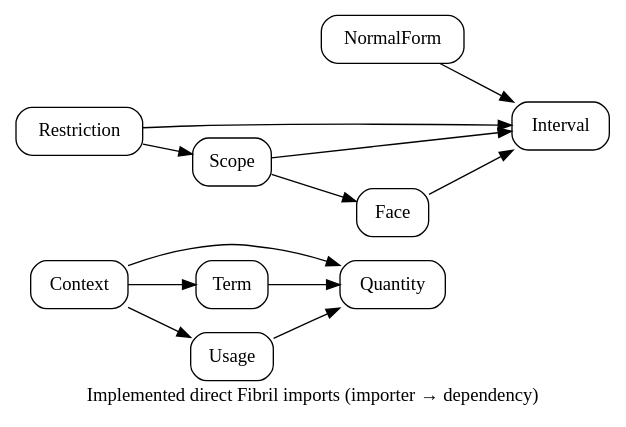
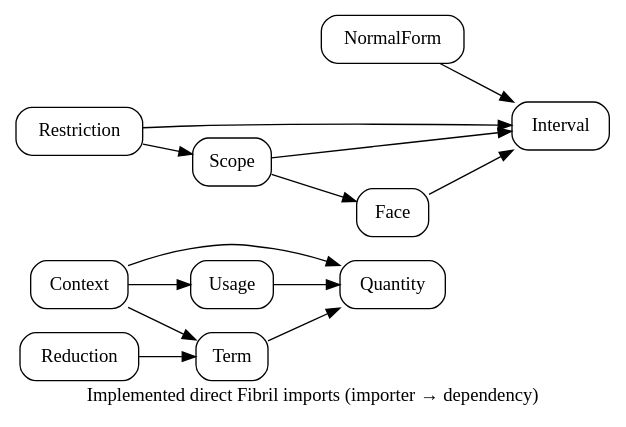
The diagram in docs/diagrams/modules.dot (odunboye/fibril), drawn with Graphviz before and after one commit. The commit also changed 12 other files, not shown here.

```diff
--- a/docs/diagrams/modules.dot
+++ b/docs/diagrams/modules.dot
@@ -1,8 +1,9 @@
 digraph Modules {
 rankdir=LR; node [shape=box,style=rounded];
 Quantity; Interval; NormalForm; Face; Scope; Restriction; Term;
 NormalForm -> Interval; Face -> Interval;
 Scope -> {Interval Face}; Restriction -> {Interval Scope};
 Term -> Quantity; Usage -> Quantity; Context -> {Quantity Term Usage};
+Reduction -> Term;
 label="Implemented direct Fibril imports (importer → dependency)";
 }
```
